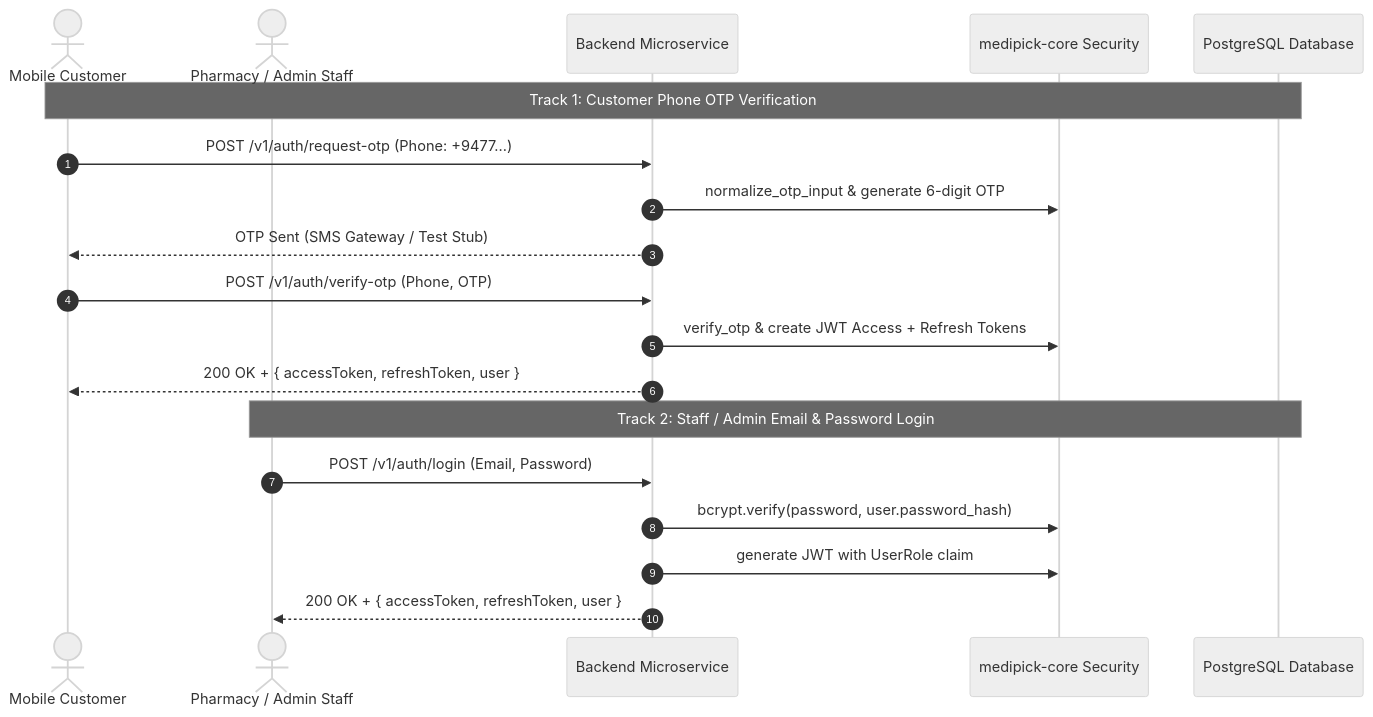
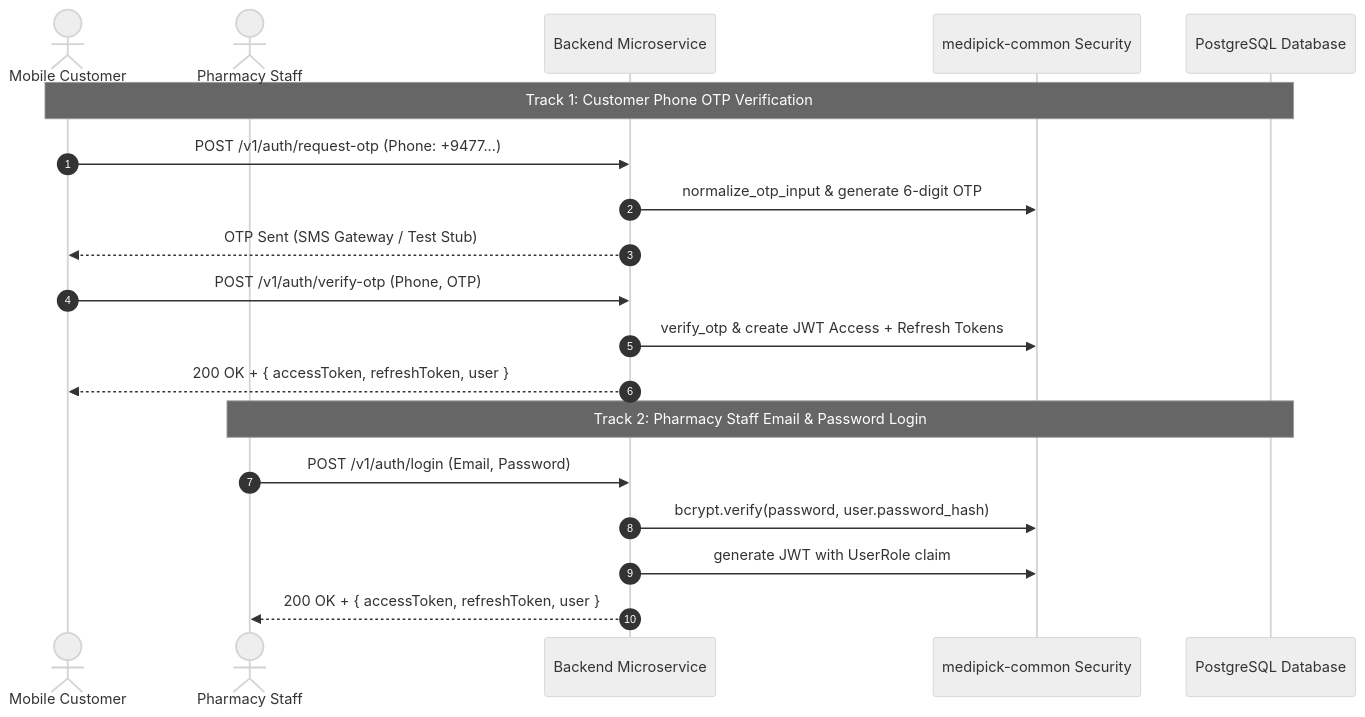
The diagram in docs/AUTH_AND_LIFECYCLE.md (MediPick/medipick-common), drawn with Mermaid (neutral theme) before and after one commit. The commit also changed other lines of this file and 8 other files, not shown here.

````diff
--- a/docs/AUTH_AND_LIFECYCLE.md
+++ b/docs/AUTH_AND_LIFECYCLE.md
@@ -9,23 +9,23 @@
 ```mermaid
 sequenceDiagram
     autonumber
     actor Customer as Mobile Customer
-    actor Staff as Pharmacy / Admin Staff
+    actor Staff as Pharmacy Staff
     participant API as Backend Microservice
-    participant Core as medipick-core Security
+    participant Core as medipick-common Security
     participant DB as PostgreSQL Database
 
     Note over Customer,DB: Track 1: Customer Phone OTP Verification
     Customer->>API: POST /v1/auth/request-otp (Phone: +9477...)
     API->>Core: normalize_otp_input & generate 6-digit OTP
     API-->>Customer: OTP Sent (SMS Gateway / Test Stub)
     Customer->>API: POST /v1/auth/verify-otp (Phone, OTP)
     API->>Core: verify_otp & create JWT Access + Refresh Tokens
     API-->>Customer: 200 OK + { accessToken, refreshToken, user }
 
-    Note over Staff,DB: Track 2: Staff / Admin Email & Password Login
+    Note over Staff,DB: Track 2: Pharmacy Staff Email & Password Login
     Staff->>API: POST /v1/auth/login (Email, Password)
     API->>Core: bcrypt.verify(password, user.password_hash)
     API->>Core: generate JWT with UserRole claim
     API-->>Staff: 200 OK + { accessToken, refreshToken, user }
 ```
````
